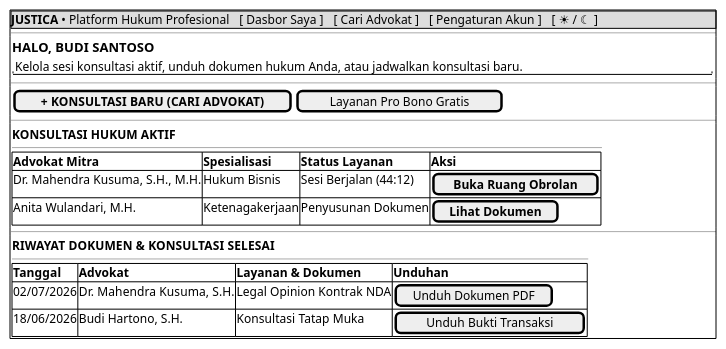
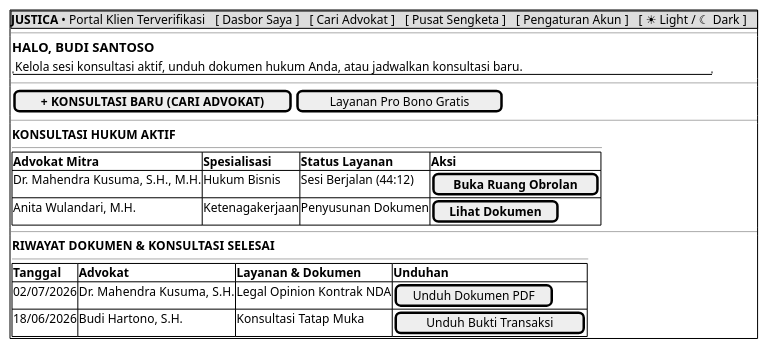
Before and after one commit to tupperwureism/SuperApp-Gagal: the diagram in JustifiqaMockups/mockup_clear/MOCK-J-CL-02A_Dasbor_Klien_Riwayat.md, drawn with PlantUML. The commit also changed 21 other files, not shown here.

````diff
--- a/JustifiqaMockups/mockup_clear/MOCK-J-CL-02A_Dasbor_Klien_Riwayat.md
+++ b/JustifiqaMockups/mockup_clear/MOCK-J-CL-02A_Dasbor_Klien_Riwayat.md
@@ -16,36 +16,36 @@
 ```plantuml
 @startsalt
 {+
-  {* <b>JUSTICA</b> • Platform Hukum Profesional | [ Dasbor Saya ] | [ Cari Advokat ] | [ Pengaturan Akun ] | [ ☀ / ☾ ] }
+  {* <b>JUSTICA</b> • Portal Klien Terverifikasi | [ Dasbor Saya ] | [ Cari Advokat ] | [ Pusat Sengketa ] | [ Pengaturan Akun ] | [ ☀ Light / ☾ Dark ] }
   --
   {
     === HALO, BUDI SANTOSO
     "Kelola sesi konsultasi aktif, unduh dokumen hukum Anda, atau jadwalkan konsultasi baru."
   }
   --
   {
     [ <b>+ KONSULTASI BARU (CARI ADVOKAT)</b> ] | [ Layanan Pro Bono Gratis ]
   }
   --
   {
     <b>KONSULTASI HUKUM AKTIF</b>
     --
     {#
       <b>Advokat Mitra</b> | <b>Spesialisasi</b> | <b>Status Layanan</b> | <b>Aksi</b>
       Dr. Mahendra Kusuma, S.H., M.H. | Hukum Bisnis | Sesi Berjalan (44:12) | [ <b>Buka Ruang Obrolan</b> ]
       Anita Wulandari, M.H. | Ketenagakerjaan | Penyusunan Dokumen | [ <b>Lihat Dokumen</b> ]
     }
   }
   --
   {
     <b>RIWAYAT DOKUMEN & KONSULTASI SELESAI</b>
     --
     {#
       <b>Tanggal</b> | <b>Advokat</b> | <b>Layanan & Dokumen</b> | <b>Unduhan</b>
       02/07/2026 | Dr. Mahendra Kusuma, S.H. | Legal Opinion Kontrak NDA | [ Unduh Dokumen PDF ]
       18/06/2026 | Budi Hartono, S.H. | Konsultasi Tatap Muka | [ Unduh Bukti Transaksi ]
     }
   }
 }
 @endsalt
 ```
````
